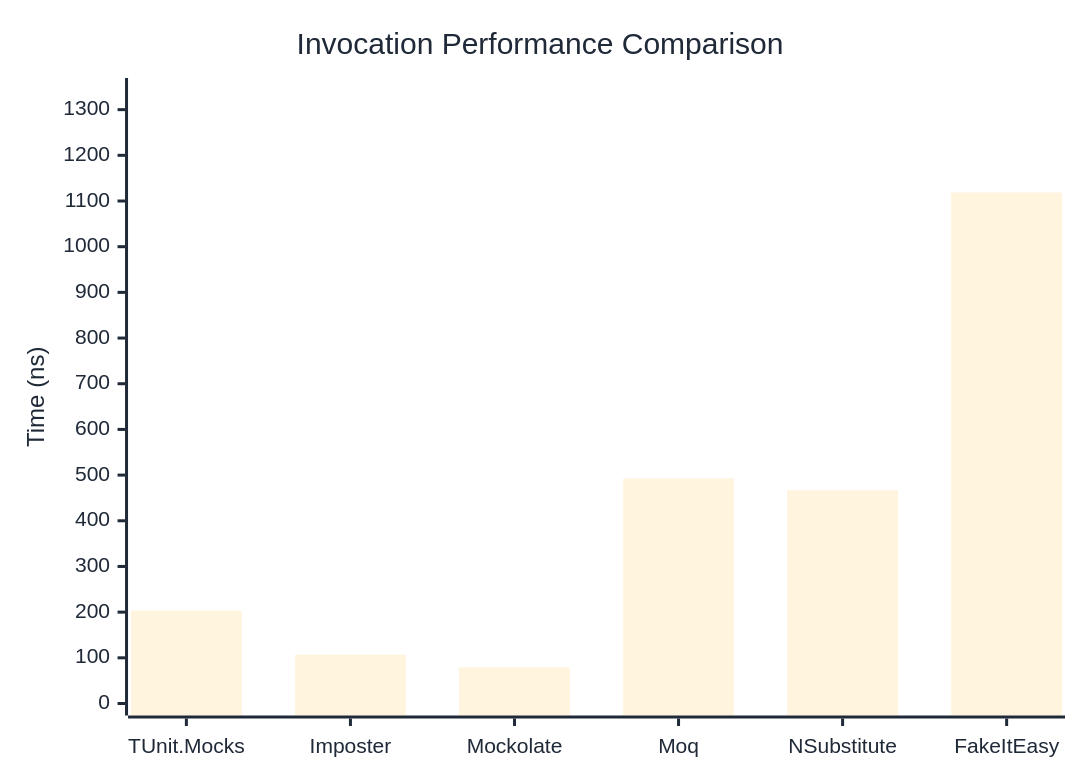
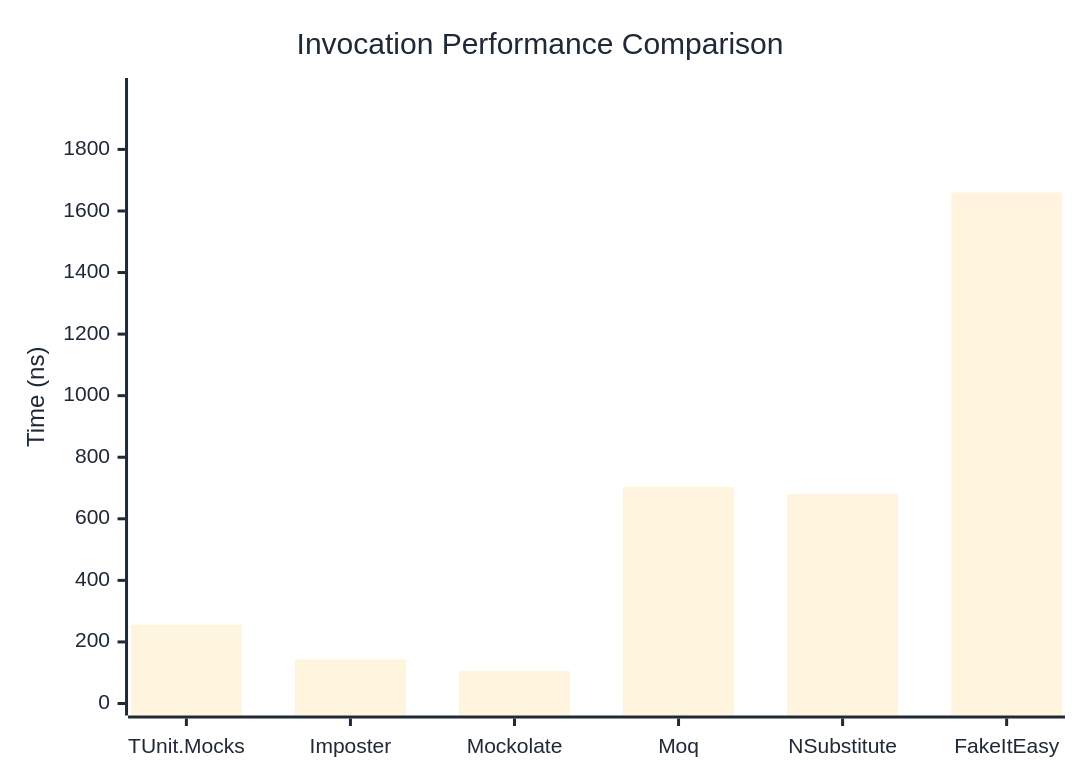
Before and after one commit to thomhurst/TUnit: the first of 3 diagrams in docs/docs/benchmarks/mocks/Invocation.md, drawn with Mermaid. The commit also changed other lines of this file and 14 other files, not shown here.

````diff
--- a/docs/docs/benchmarks/mocks/Invocation.md
+++ b/docs/docs/benchmarks/mocks/Invocation.md
@@ -30,27 +30,27 @@
 ```mermaid
 %%{init: {
   'theme':'base',
   'themeVariables': {
     'primaryColor': '#2563eb',
     'primaryTextColor': '#1f2937',
     'primaryBorderColor': '#1e40af',
     'lineColor': '#6b7280',
     'secondaryColor': '#7c3aed',
     'tertiaryColor': '#dc2626',
     'background': '#ffffff',
     'pie1': '#2563eb',
     'pie2': '#7c3aed',
     'pie3': '#dc2626',
     'pie4': '#f59e0b',
     'pie5': '#10b981',
     'pie6': '#06b6d4',
     'pie7': '#ec4899',
     'pie8': '#6366f1'
   }
 }}%%
 xychart-beta
   title "Invocation Performance Comparison"
   x-axis ["TUnit.Mocks", "Imposter", "Mockolate", "Moq", "NSubstitute", "FakeItEasy"]
-  y-axis "Time (ns)" 0 --> 1343
-  bar [203.2, 106.96, 79.01, 492.77, 467.04, 1118.82]
+  y-axis "Time (ns)" 0 --> 1993
+  bar [255.93, 143.12, 105.31, 703.7, 680.81, 1660.31]
 ```
````
